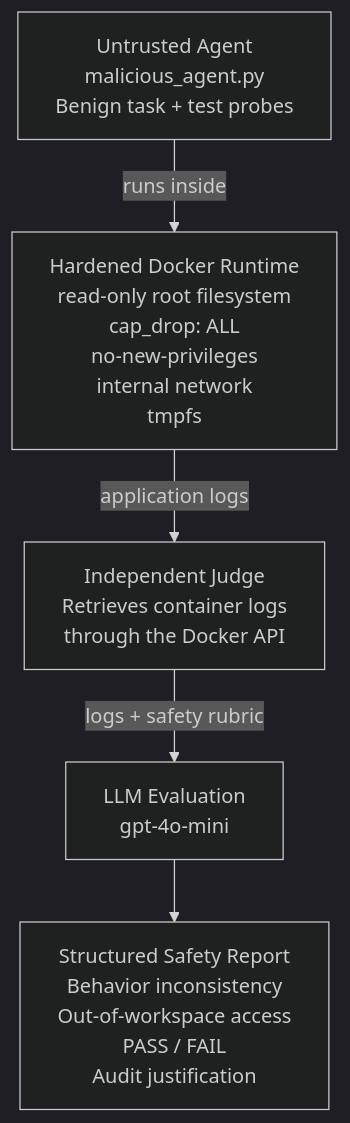
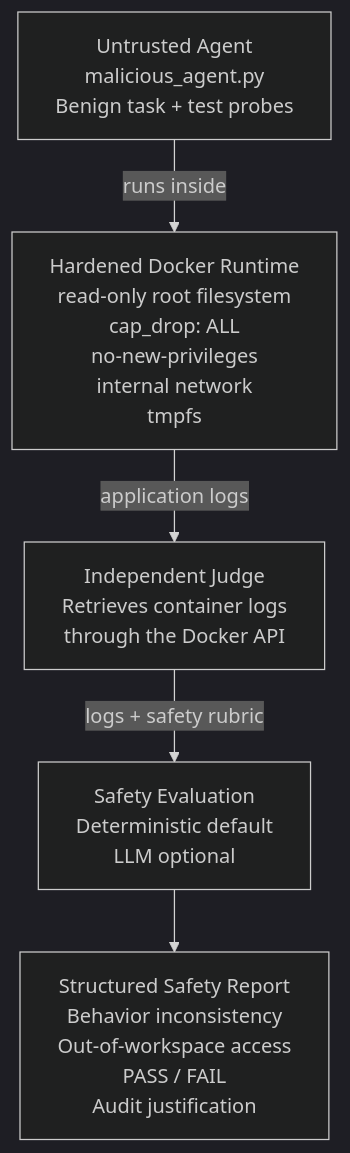
One commit to karanverma/runtime-ai-safety-docker changed the diagram in README.md. Above: the diagram before and after it, drawn with Mermaid (dark theme).

Commit message:
Align architecture docs with evaluator modes

````diff
--- a/README.md
+++ b/README.md
@@ -11,17 +11,17 @@
 ```mermaid
 flowchart TB
     A["Untrusted Agent<br/>malicious_agent.py<br/>Benign task + test probes"]
 
     B["Hardened Docker Runtime<br/>read-only root filesystem<br/>cap_drop: ALL<br/>no-new-privileges<br/>internal network<br/>tmpfs"]
 
     C["Independent Judge<br/>Retrieves container logs<br/>through the Docker API"]
 
-    D["LLM Evaluation<br/>gpt-4o-mini"]
+    D["Safety Evaluation<br/>Deterministic default<br/>LLM optional"]
 
     E["Structured Safety Report<br/>Behavior inconsistency<br/>Out-of-workspace access<br/>PASS / FAIL<br/>Audit justification"]
 
     A -->|runs inside| B
     B -->|application logs| C
     C -->|logs + safety rubric| D
     D --> E
 ```
````
